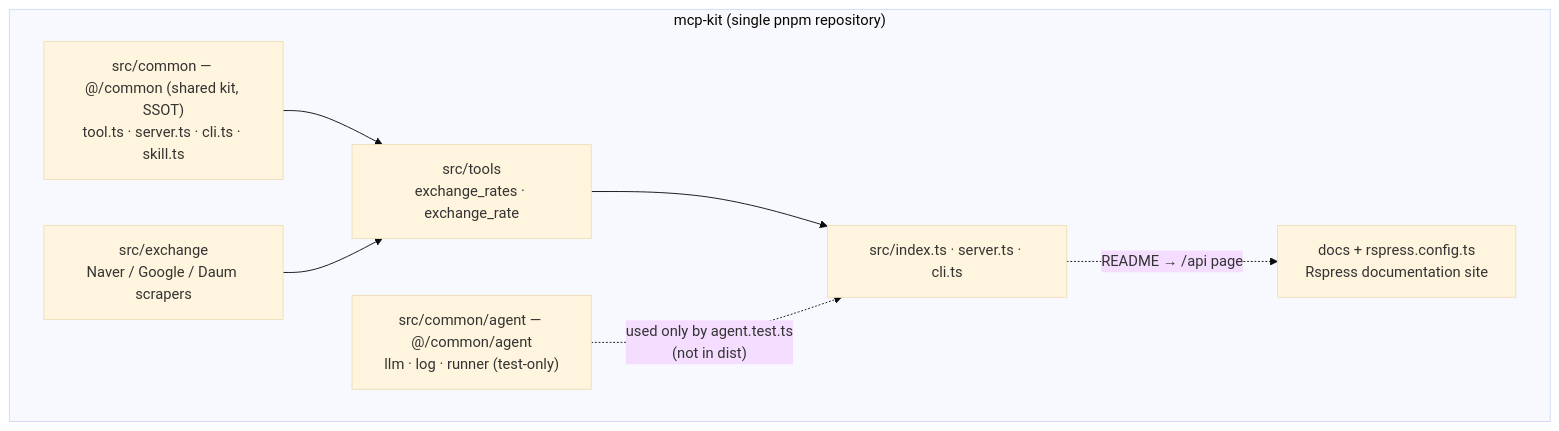
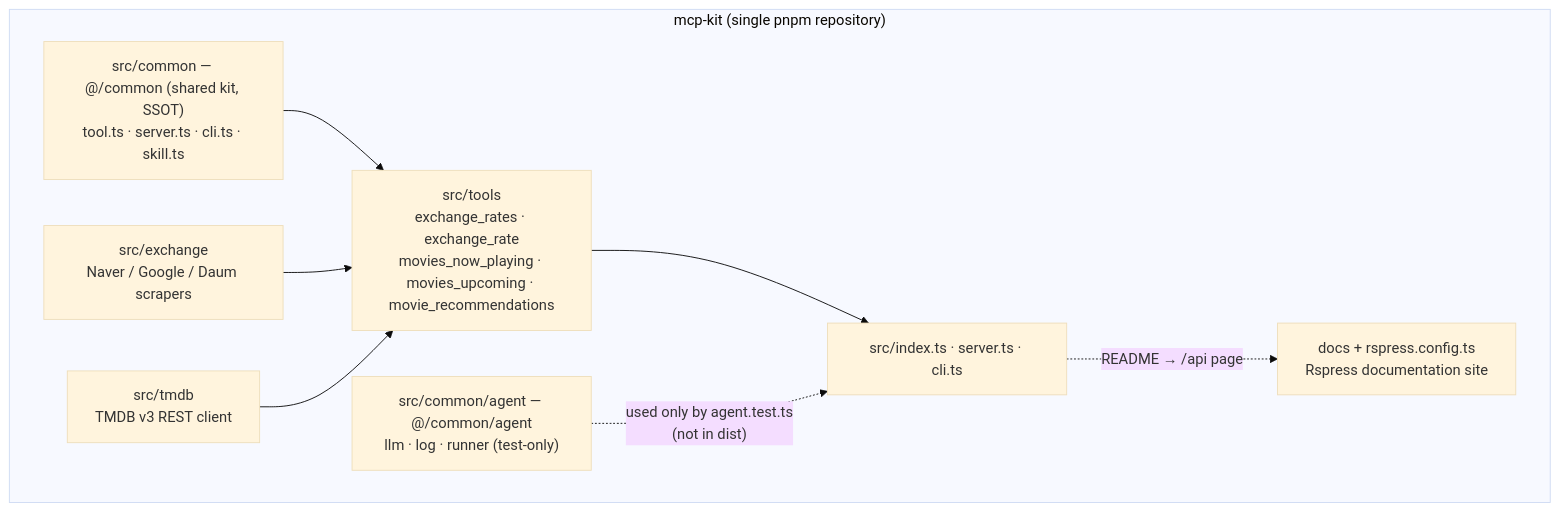
Before and after one commit to jl917/mcp-kit: the first of 4 diagrams in docs/03-architecture.md, drawn with Mermaid (base theme). The commit also changed other lines of this file and 30 other files, not shown here.

````diff
--- a/docs/03-architecture.md
+++ b/docs/03-architecture.md
@@ -123,17 +142,19 @@
 ```mermaid
 graph TD
     subgraph Repo["mcp-kit (single pnpm repository)"]
         Common["src/common — @/common (shared kit, SSOT)<br/>tool.ts · server.ts · cli.ts · skill.ts"]
         Agent["src/common/agent — @/common/agent<br/>llm · log · runner (test-only)"]
         Exchange["src/exchange<br/>Naver / Google / Daum scrapers"]
-        Tools["src/tools<br/>exchange_rates · exchange_rate"]
+        Tmdb["src/tmdb<br/>TMDB v3 REST client"]
+        Tools["src/tools<br/>exchange_rates · exchange_rate<br/>movies_now_playing · movies_upcoming · movie_recommendations"]
         Entries["src/index.ts · server.ts · cli.ts"]
         Site["docs + rspress.config.ts<br/>Rspress documentation site"]
     end
 
     Common --> Tools
     Exchange --> Tools
+    Tmdb --> Tools
     Tools --> Entries
     Agent -.->|"used only by agent.test.ts<br/>(not in dist)"| Entries
     Entries -.->|"README → /api page"| Site
 ```
````
